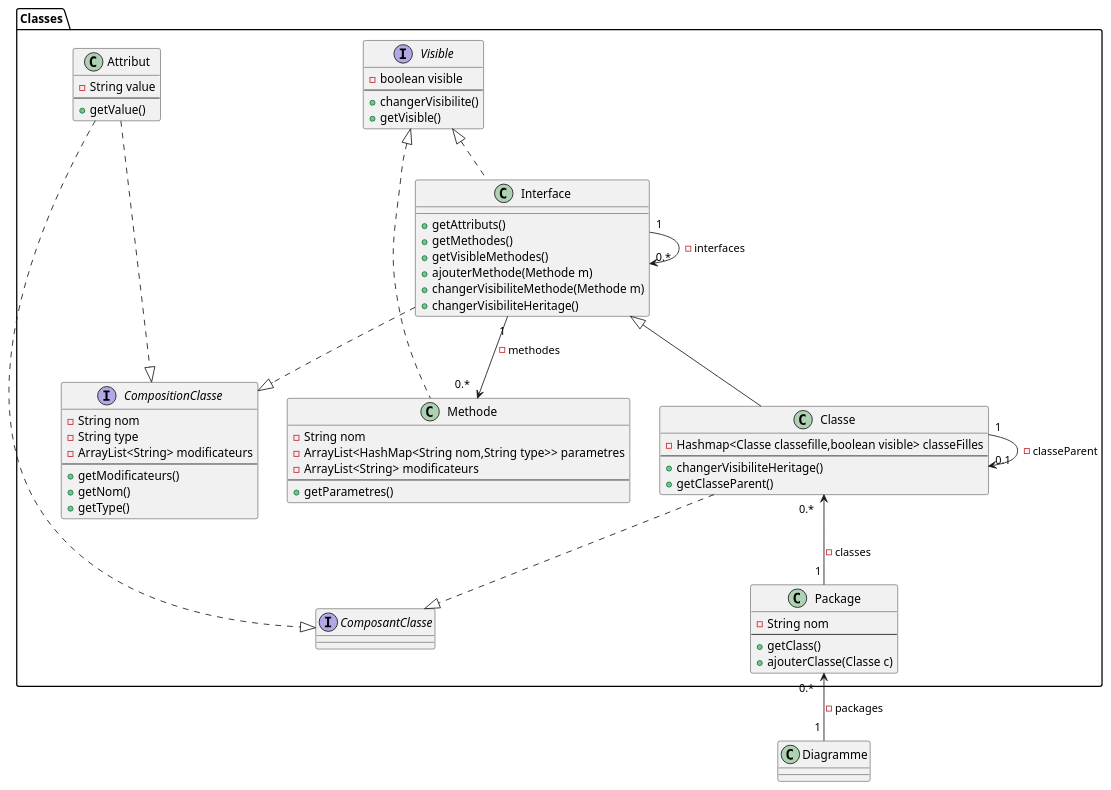
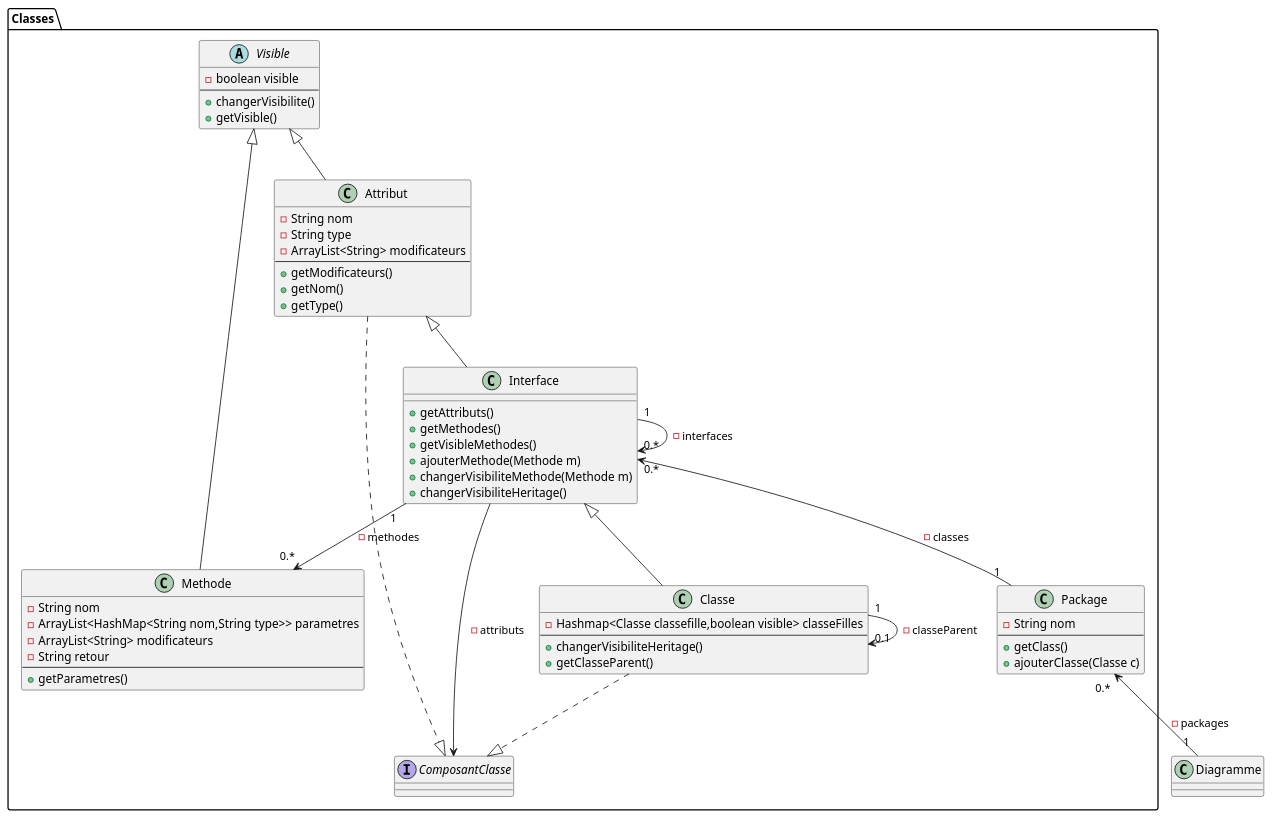
Before and after one commit to Baloo54/SAE_Diagramme2Classe: the diagram in Diagramme2Classes/puml/partieAnalyse/Classes.puml, drawn with PlantUML. The commit also changed 7 other files, not shown here.

Commit message:
correction diag de classe pour représenter les classes

```diff
--- a/Diagramme2Classes/puml/partieAnalyse/Classes.puml
+++ b/Diagramme2Classes/puml/partieAnalyse/Classes.puml
@@ -1,65 +1,61 @@
 @startuml
 package Classes{
-interface Visible{
+abstract class Visible{
 -boolean visible
 --
 +changerVisibilite()
 +getVisible()
 }
 class Classe{
 -Hashmap<Classe classefille,boolean visible> classeFilles
 --
 +changerVisibiliteHeritage()
 +getClasseParent()
 }
 class Methode{
 -String nom
 -ArrayList<HashMap<String nom,String type>> parametres
 -ArrayList<String> modificateurs
+-String retour
 --
 +getParametres()
 }
 interface ComposantClasse{
 }
-interface CompositionClasse{
+class Attribut{
 -String nom
 -String type
 -ArrayList<String> modificateurs
 --
 +getModificateurs()
 +getNom()
 +getType()
-}
-class Attribut{
--String value
---
-+getValue()
 }
 class Interface{
 +getAttributs()
 +getMethodes()
 +getVisibleMethodes()
 +ajouterMethode(Methode m)
 +changerVisibiliteMethode(Methode m)
 +changerVisibiliteHeritage()
 }
 class Package{
 -String nom
 --
 +getClass()
 +ajouterClasse(Classe c)
 }
 }
-Visible <|.. Methode
-Visible <|.. Interface
-Attribut ...|> CompositionClasse
-Interface ..|> CompositionClasse
+Visible <|-- Methode
+Attribut <|-- Interface
+Visible <|-- Attribut
 Classe ..|> ComposantClasse
 Classe "1"-->"0.1" Classe :-classeParent
 Interface "1"-->"0.*" Interface : -interfaces
 Interface <|-- Classe
 Interface "1"-->"0.*   " Methode : -methodes
 Attribut ..|> ComposantClasse
-Classe "0.*   "<--"1 " Package : -classes
+Interface "0.*   "<--"1 " Package : -classes
 Package "0.*   "<--"1 " Diagramme : -packages
+Interface --> ComposantClasse : -attributs
 @enduml
```
